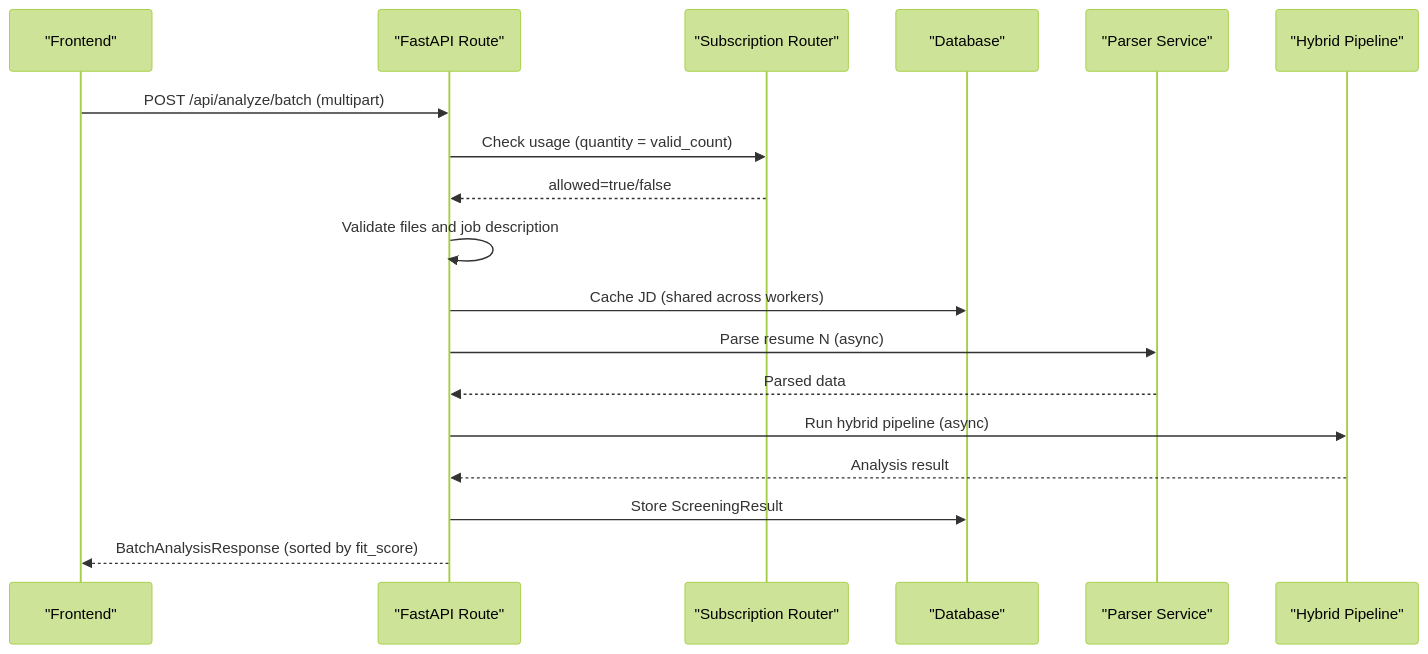
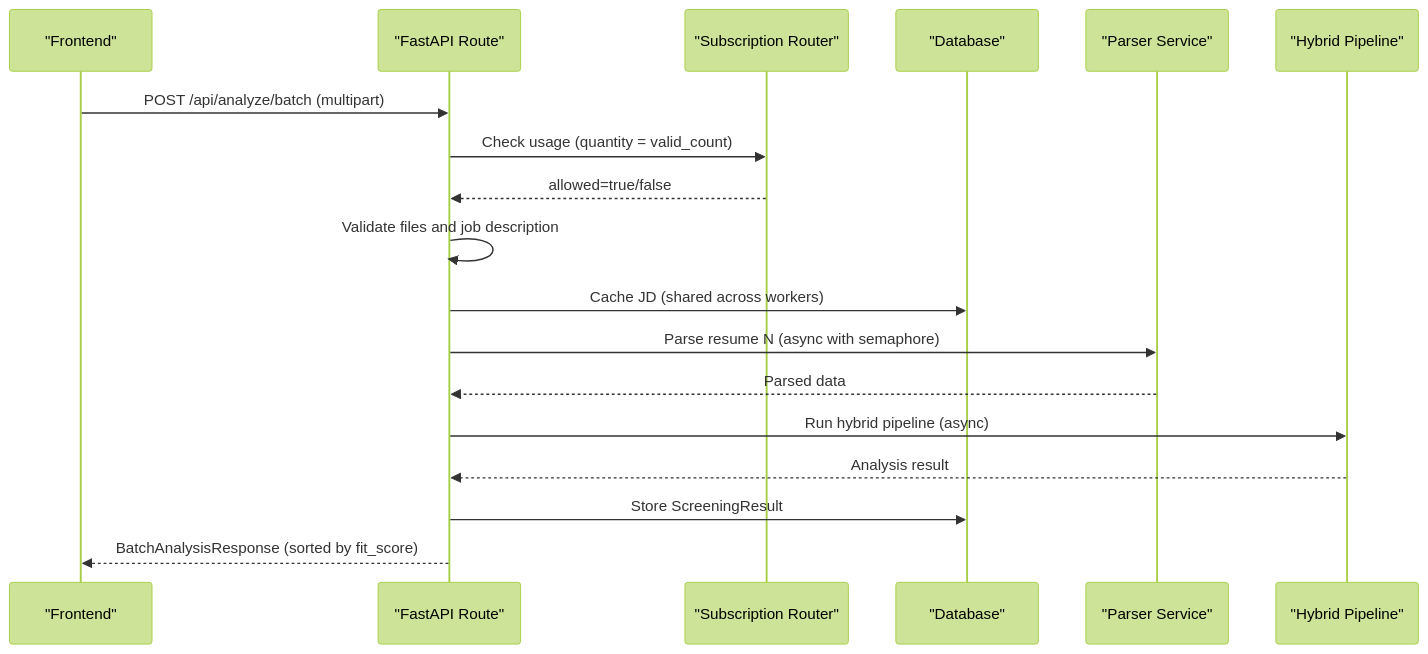
One commit to Revanththetalogics/aireume changed the second of 3 diagrams in .qoder/repowiki/en/content/API Reference/Analysis Endpoints/Batch Analysis.md. Above: the diagram before and after it, drawn with Mermaid (forest theme). The commit also changed other lines of this file and 20 other files, not shown here.

````diff
--- a/.qoder/repowiki/en/content/API Reference/Analysis Endpoints/Batch Analysis.md
+++ b/.qoder/repowiki/en/content/API Reference/Analysis Endpoints/Batch Analysis.md
@@ -97,20 +107,20 @@
 ```mermaid
 sequenceDiagram
 participant FE as "Frontend"
 participant API as "FastAPI Route"
 participant SUB as "Subscription Router"
 participant DB as "Database"
 participant PARSE as "Parser Service"
 participant PIPE as "Hybrid Pipeline"
 FE->>API : POST /api/analyze/batch (multipart)
 API->>SUB : Check usage (quantity = valid_count)
 SUB-->>API : allowed=true/false
 API->>API : Validate files and job description
 API->>DB : Cache JD (shared across workers)
-API->>PARSE : Parse resume N (async)
+API->>PARSE : Parse resume N (async with semaphore)
 PARSE-->>API : Parsed data
 API->>PIPE : Run hybrid pipeline (async)
 PIPE-->>API : Analysis result
 API->>DB : Store ScreeningResult
 API-->>FE : BatchAnalysisResponse (sorted by fit_score)
 ```
````
